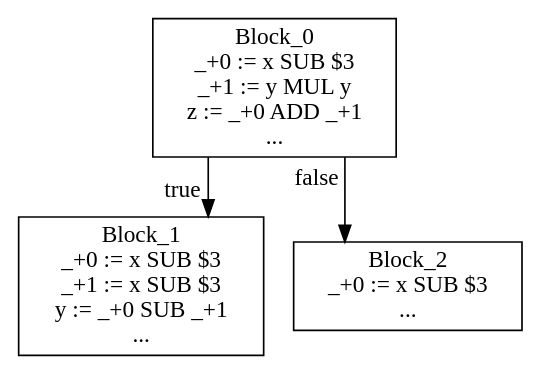
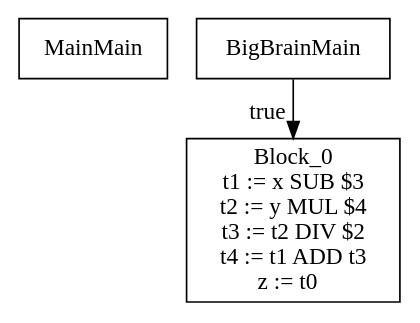
One commit to AvanaPY/DV1655_Lab1 changed the diagram in dot.dot. Above: the diagram before and after it, drawn with Graphviz. The commit also changed 4 other files, not shown here.

```diff
--- a/dot.dot
+++ b/dot.dot
@@ -1,9 +1,8 @@
 digraph {
   graph [splines=ortho]
   node [shape=box]
-  Block_0 [label="Block_0\n_+0 := x SUB $3\n_+1 := y MUL y\nz := _+0 ADD _+1\n...\n"];
-  Block_0 -> Block_1[xlabel="true"];
-  Block_1 [label="Block_1\n_+0 := x SUB $3\n_+1 := x SUB $3\ny := _+0 SUB _+1\n...\n"];
-  Block_0 -> Block_2[xlabel="false"];
-  Block_2 [label="Block_2\n_+0 := x SUB $3\n...\n"];
+  MainMain [label="MainMain\n"];
+  BigBrainMain [label="BigBrainMain\n"];
+  BigBrainMain -> Block_0[xlabel="true"];
+  Block_0 [label="Block_0\nt1 := x SUB $3\nt2 := y MUL $4\nt3 := t2 DIV $2\nt4 := t1 ADD t3\nz := t0  \n"];
 }
```
